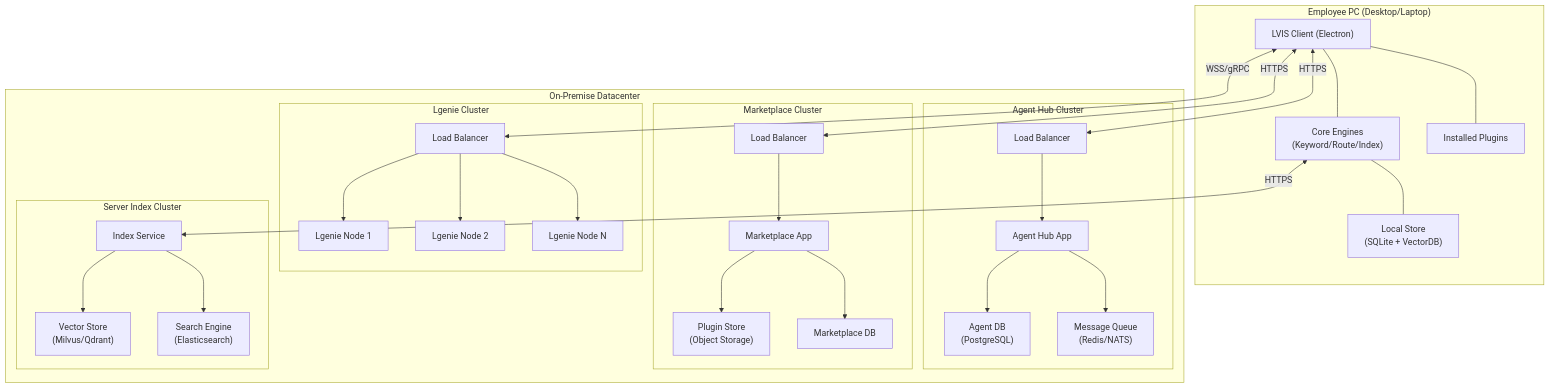
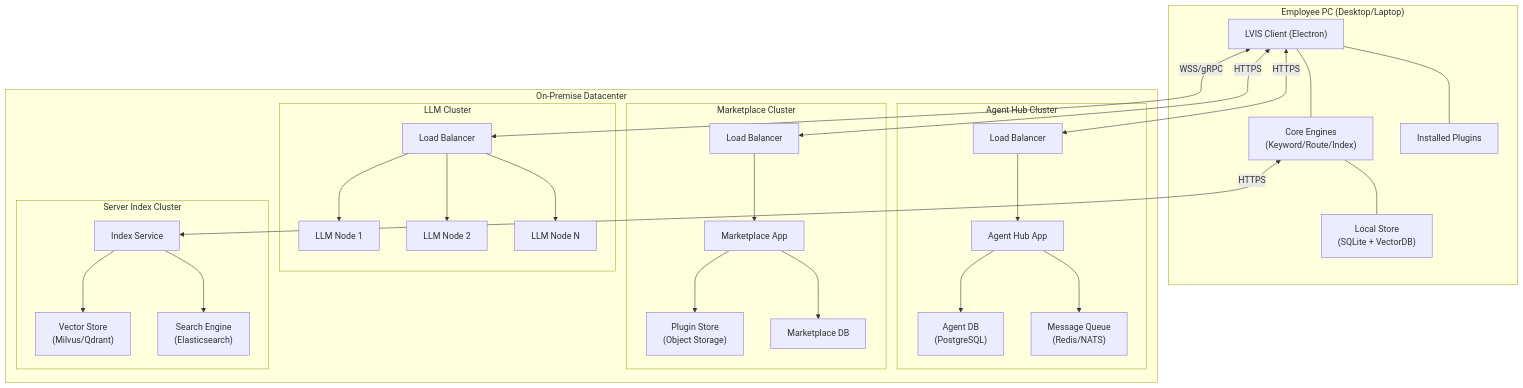
Diagram 21 of 21 in docs/architecture/architecture.reference.md (lvis-project/lvis-app), drawn with Mermaid before and after one commit. The commit also changed other lines of this file and 86 other files, not shown here.

````diff
--- a/docs/architecture/architecture.reference.md
+++ b/docs/architecture/architecture.reference.md
@@ -941,58 +941,58 @@
 ```mermaid
 graph TB
     subgraph "Employee PC (Desktop/Laptop)"
         ELECTRON["LVIS Client (Electron)"]
         LOCAL_ENGINE["Core Engines<br/>(Keyword/Route/Index)"]
         LOCAL_DATA["Local Store<br/>(SQLite + VectorDB)"]
         PLUGINS_LOCAL["Installed Plugins"]
 
         ELECTRON --- LOCAL_ENGINE
         LOCAL_ENGINE --- LOCAL_DATA
         ELECTRON --- PLUGINS_LOCAL
     end
 
     subgraph "On-Premise Datacenter"
-        subgraph "Lgenie Cluster"
+        subgraph "LLM Cluster"
             LLM_LB["Load Balancer"]
-            LLM_1["Lgenie Node 1"]
-            LLM_2["Lgenie Node 2"]
-            LLM_N["Lgenie Node N"]
+            LLM_1["LLM Node 1"]
+            LLM_2["LLM Node 2"]
+            LLM_N["LLM Node N"]
             LLM_LB --> LLM_1
             LLM_LB --> LLM_2
             LLM_LB --> LLM_N
         end
 
         subgraph "Agent Hub Cluster"
             AH_LB["Load Balancer"]
             AH_APP["Agent Hub App"]
             AH_DB["Agent DB<br/>(PostgreSQL)"]
             AH_MQ["Message Queue<br/>(Redis/NATS)"]
             AH_LB --> AH_APP
             AH_APP --> AH_DB
             AH_APP --> AH_MQ
         end
 
         subgraph "Marketplace Cluster"
             MK_LB["Load Balancer"]
             MK_APP["Marketplace App"]
             MK_STORE["Plugin Store<br/>(Object Storage)"]
             MK_DB["Marketplace DB"]
             MK_LB --> MK_APP
             MK_APP --> MK_STORE
             MK_APP --> MK_DB
         end
 
         subgraph "Server Index Cluster"
             IDX_APP["Index Service"]
             IDX_VEC["Vector Store<br/>(Milvus/Qdrant)"]
             IDX_ES["Search Engine<br/>(Elasticsearch)"]
             IDX_APP --> IDX_VEC
             IDX_APP --> IDX_ES
         end
     end
 
     ELECTRON <-->|"WSS/gRPC"| LLM_LB
     ELECTRON <-->|"HTTPS"| AH_LB
     ELECTRON <-->|"HTTPS"| MK_LB
     LOCAL_ENGINE <-->|"HTTPS"| IDX_APP
 ```
````
